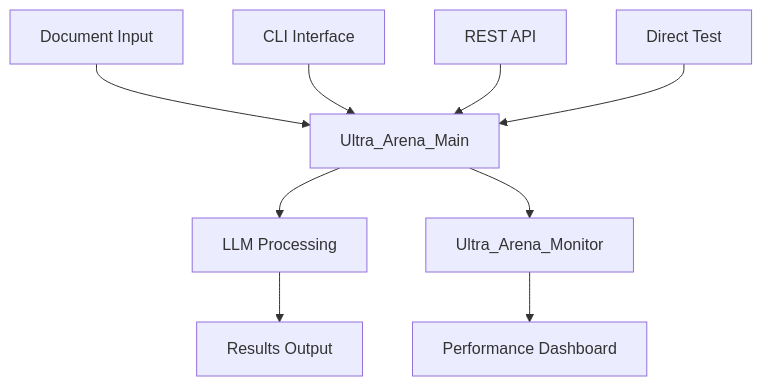
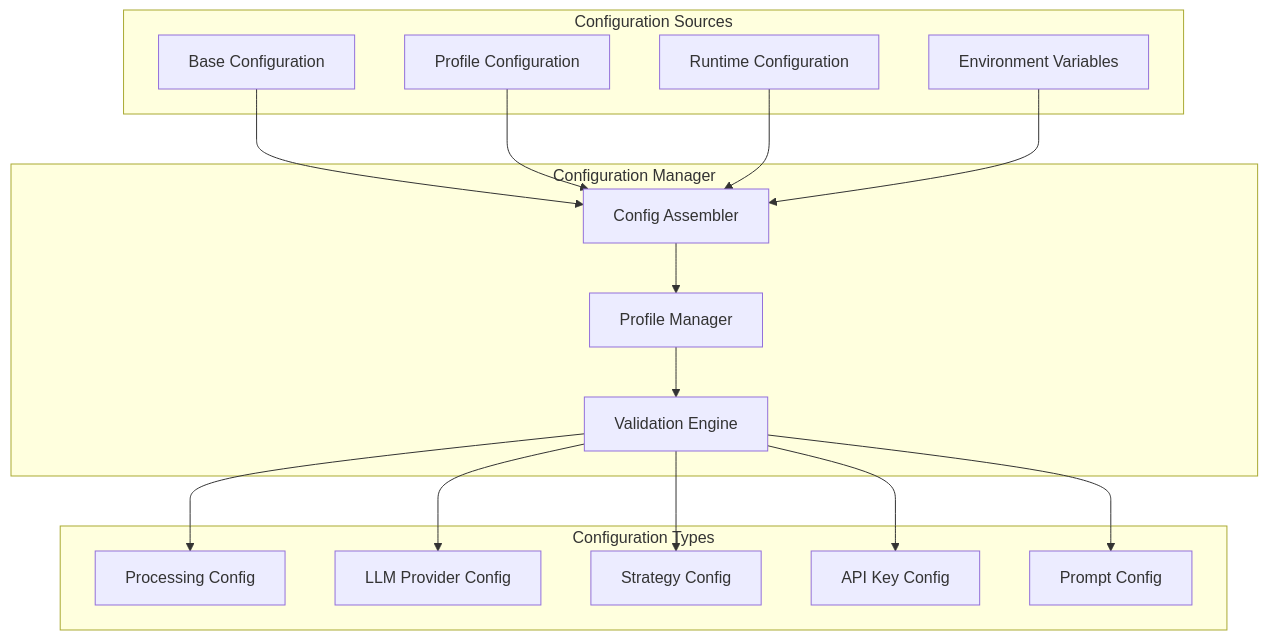
Before and after one commit to horselord-joe-8053/ultra-arena-plus: the seventh of 8 diagrams in README.md, drawn with Mermaid. The commit also changed other lines of this file, not shown here.

First line of the commit message:
Add detailed parallelization architecture documentation

````diff
--- a/README.md
+++ b/README.md
@@ -114,13 +398,37 @@
 ```mermaid
 graph TB
-    A[Document Input] --> B[Ultra_Arena_Main]
-    B --> C[LLM Processing]
-    C --> D[Results Output]
+    subgraph "Configuration Sources"
+        A[Base Configuration]
+        B[Profile Configuration]
+        C[Runtime Configuration]
+        D[Environment Variables]
+    end
     
-    E[CLI Interface] --> B
-    F[REST API] --> B
-    G[Direct Test] --> B
+    subgraph "Configuration Manager"
+        E[Config Assembler]
+        F[Profile Manager]
+        G[Validation Engine]
+    end
     
-    B --> H[Ultra_Arena_Monitor]
-    H --> I[Performance Dashboard]
+    subgraph "Configuration Types"
+        H[Processing Config]
+        I[LLM Provider Config]
+        J[Strategy Config]
+        K[API Key Config]
+        L[Prompt Config]
+    end
+    
+    A --> E
+    B --> E
+    C --> E
+    D --> E
+    
+    E --> F
+    F --> G
+    
+    G --> H
+    G --> I
+    G --> J
+    G --> K
+    G --> L
 ```
````
